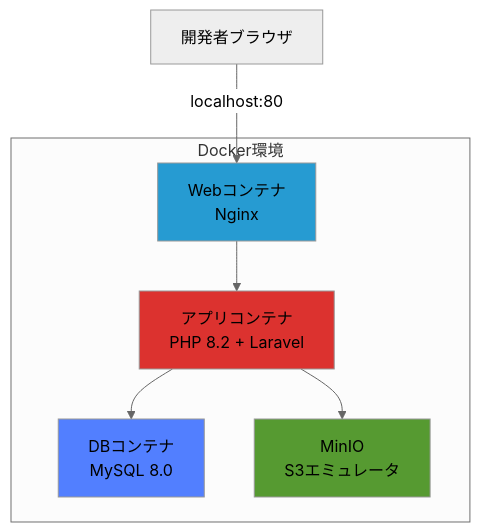
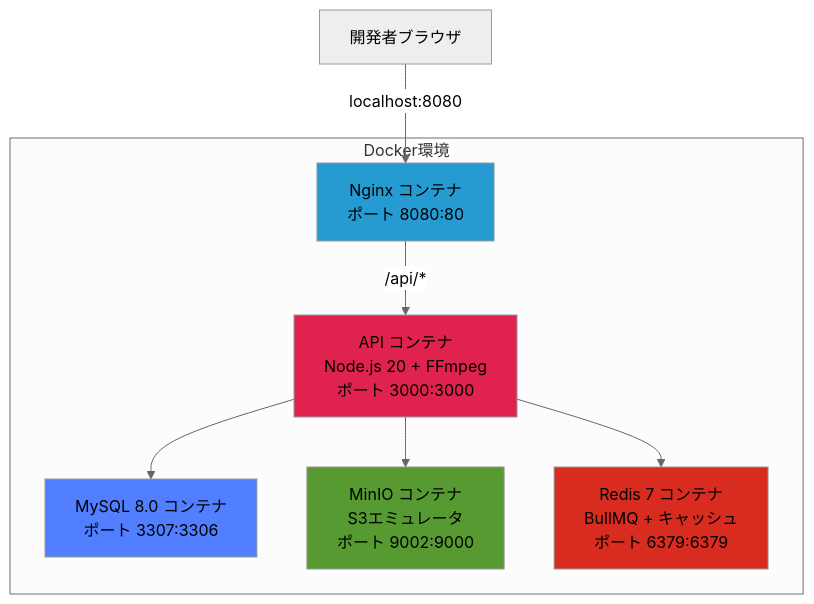
Before and after one commit to tetsu2026/movie-profile-node: the second of 2 diagrams in docs/design-docs/02_architecture.md, drawn with Mermaid (neutral theme). The commit also changed other lines of this file and 9 other files, not shown here.

````diff
--- a/docs/design-docs/02_architecture.md
+++ b/docs/design-docs/02_architecture.md
@@ -48,19 +98,22 @@
 ```mermaid
 graph TB
     subgraph "Docker環境"
-        Web[Webコンテナ<br/>Nginx]
-        App[アプリコンテナ<br/>PHP 8.2 + Laravel]
-        DB[DBコンテナ<br/>MySQL 8.0]
-        LocalS3[MinIO<br/>S3エミュレータ]
+        Web[Nginx コンテナ<br/>ポート 8080:80]
+        API[API コンテナ<br/>Node.js 20 + FFmpeg<br/>ポート 3000:3000]
+        DB[MySQL 8.0 コンテナ<br/>ポート 3307:3306]
+        LocalS3[MinIO コンテナ<br/>S3エミュレータ<br/>ポート 9002:9000]
+        RedisC[Redis 7 コンテナ<br/>BullMQ + キャッシュ<br/>ポート 6379:6379]
     end
 
-    Browser[開発者ブラウザ] -->|localhost:80| Web
-    Web --> App
-    App --> DB
-    App --> LocalS3
+    Browser[開発者ブラウザ] -->|localhost:8080| Web
+    Web -->|/api/*| API
+    API --> DB
+    API --> LocalS3
+    API --> RedisC
 
     style Web fill:#269bd2
-    style App fill:#dc322f
+    style API fill:#e0234e
     style DB fill:#527FFF
     style LocalS3 fill:#569A31
+    style RedisC fill:#d82c20
 ```
````
